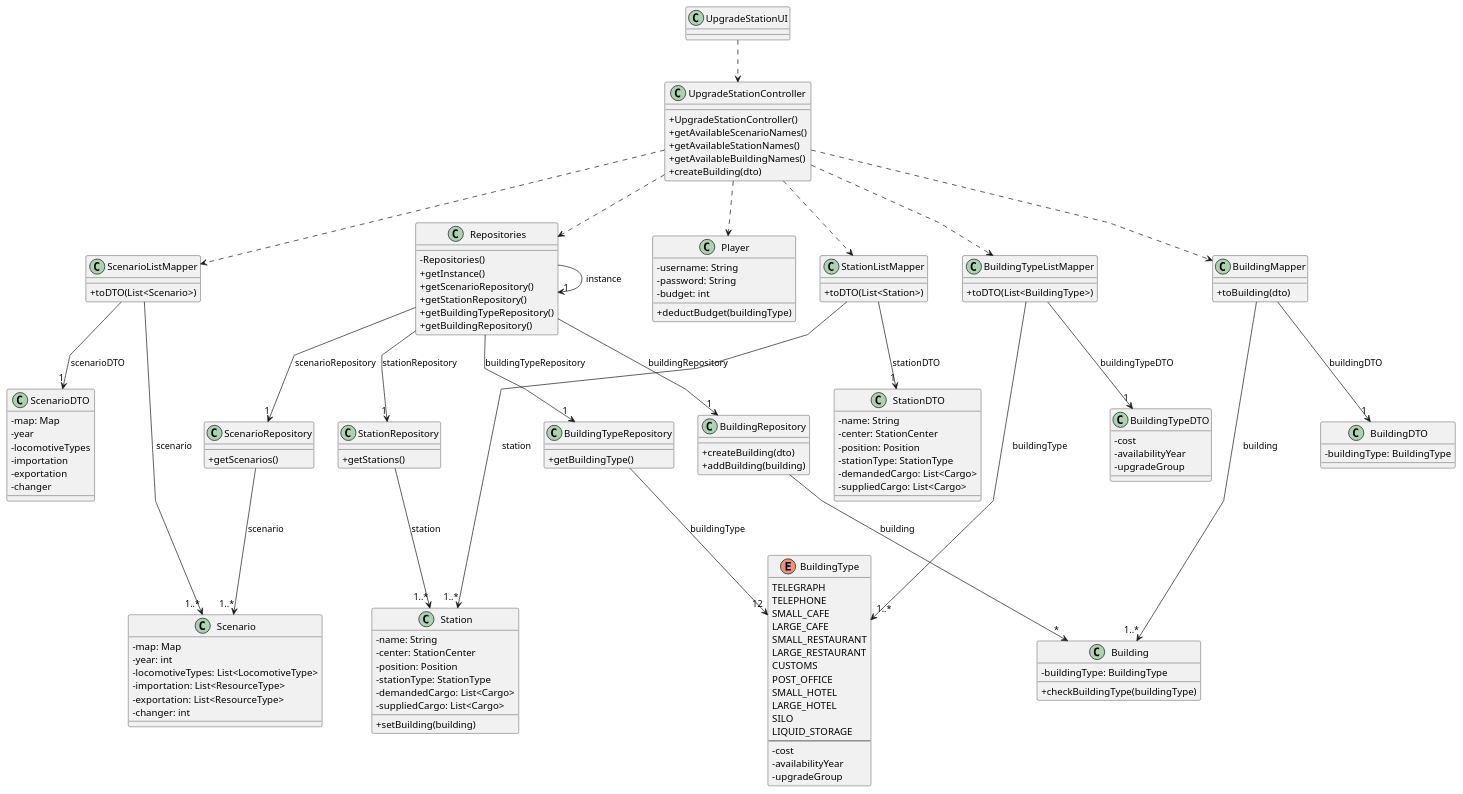
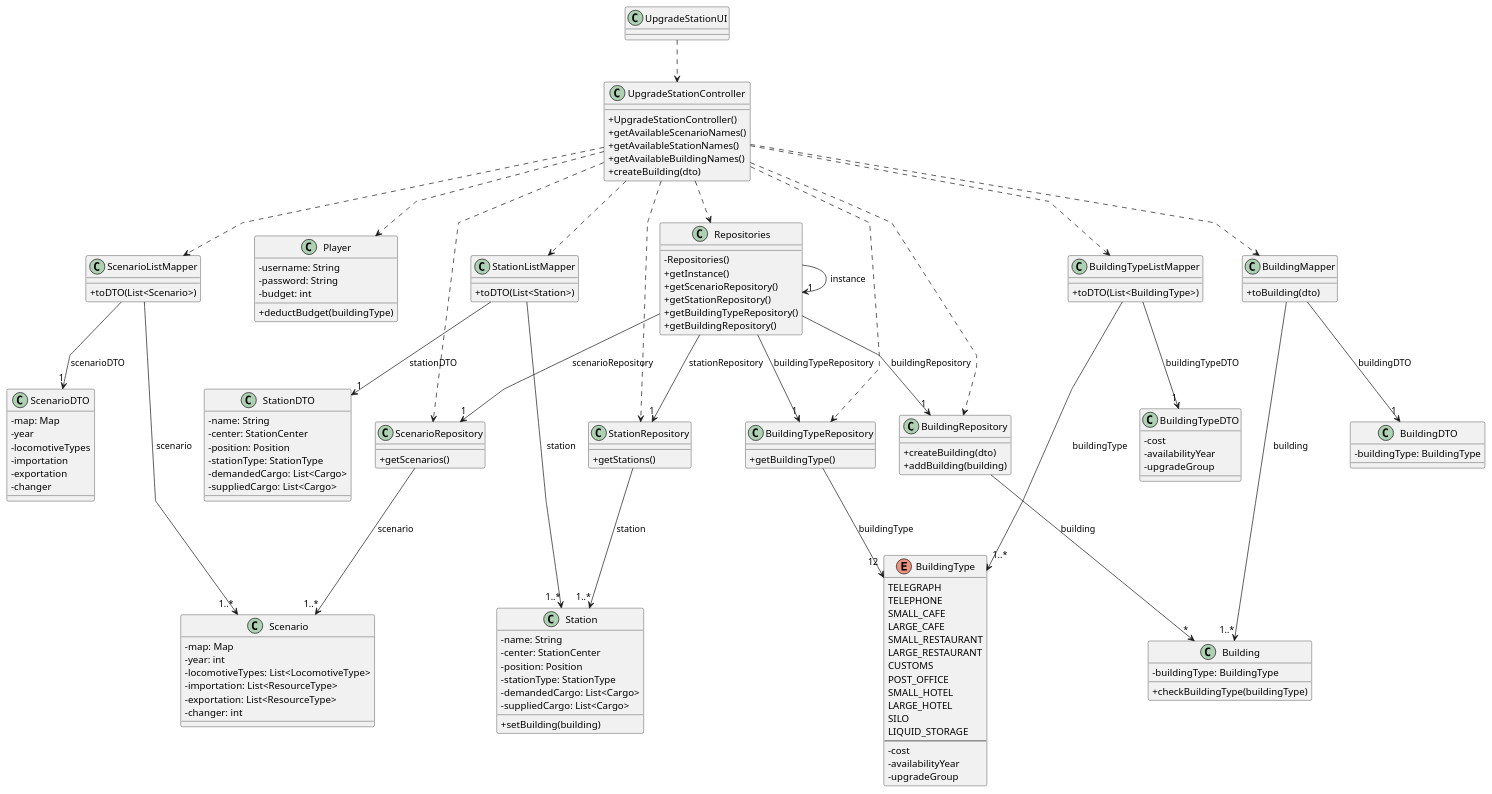
Before and after one commit to 1240935/pi2-railway-simulator: the diagram in Sprint3/US006/03.design/puml/US006-CD.puml, drawn with PlantUML. The commit also changed 14 other files, not shown here.

```diff
--- a/Sprint3/US006/03.design/puml/US006-CD.puml
+++ b/Sprint3/US006/03.design/puml/US006-CD.puml
@@ -1,172 +1,176 @@
 @startuml
 'skinparam monochrome true
 skinparam packageStyle rectangle
 skinparam shadowing false
 skinparam linetype polyline
 'skinparam linetype orto
 
 skinparam classAttributeIconSize 0
 
 'left to right direction
 
 class UpgradeStationUI
 
 class UpgradeStationController {
   + UpgradeStationController()
   + getAvailableScenarioNames()
   + getAvailableStationNames()
   + getAvailableBuildingNames()
   + createBuilding(dto)
 }
 
 class Player {
     - username: String
     - password: String
     - budget: int
   + deductBudget(buildingType)
 }
 
 class Scenario{
     - map: Map
     - year: int
     - locomotiveTypes: List<LocomotiveType>
     - importation: List<ResourceType>
     - exportation: List<ResourceType>
     - changer: int
 }
 
 class Station {
     -name: String
     -center: StationCenter
     -position: Position
     -stationType: StationType
     -demandedCargo: List<Cargo>
     -suppliedCargo: List<Cargo>
   + setBuilding(building)
 }
 
 class Building {
   - buildingType: BuildingType
   + checkBuildingType(buildingType)
 }
 
 enum BuildingType {
   TELEGRAPH
   TELEPHONE
   SMALL_CAFE
   LARGE_CAFE
   SMALL_RESTAURANT
   LARGE_RESTAURANT
   CUSTOMS
   POST_OFFICE
   SMALL_HOTEL
   LARGE_HOTEL
   SILO
   LIQUID_STORAGE
   --
   -cost
   -availabilityYear
   -upgradeGroup
 }
 
 class ScenarioDTO {
   - map: Map
   - year
   - locomotiveTypes
   - importation
   - exportation
   - changer
 }
 
 class StationDTO {
   -name: String
       -center: StationCenter
       -position: Position
       -stationType: StationType
       -demandedCargo: List<Cargo>
       -suppliedCargo: List<Cargo>
 }
 
 class BuildingTypeDTO {
   - cost
   - availabilityYear
   - upgradeGroup
 }
 
 class BuildingDTO {
     -buildingType: BuildingType
 }
 
 class Repositories {
   - Repositories()
   + getInstance()
   + getScenarioRepository()
   + getStationRepository()
   + getBuildingTypeRepository()
   + getBuildingRepository()
 }
 
 class ScenarioRepository {
   + getScenarios()
 }
 
 class StationRepository {
   + getStations()
  }
 
 class BuildingTypeRepository {
   + getBuildingType()
 }
 
 class BuildingRepository {
   + createBuilding(dto)
   + addBuilding(building)
 }
 
 class ScenarioListMapper {
   + toDTO(List<Scenario>)
 }
 
 class StationListMapper {
   + toDTO(List<Station>)
 }
 
 class BuildingTypeListMapper {
   + toDTO(List<BuildingType>)
 }
 
 class BuildingMapper {
   + toBuilding(dto)
 }
 
 UpgradeStationUI ..> UpgradeStationController
 
 UpgradeStationController ..> Repositories
 UpgradeStationController ..> ScenarioListMapper
 UpgradeStationController ..> StationListMapper
 UpgradeStationController ..> BuildingTypeListMapper
 UpgradeStationController ..> BuildingMapper
 UpgradeStationController ..> Player
+UpgradeStationController ..> StationRepository
+UpgradeStationController ..> ScenarioRepository
+UpgradeStationController ..> BuildingTypeRepository
+UpgradeStationController ..> BuildingRepository
 
 Repositories -> "1" Repositories : instance
 Repositories --> "1" ScenarioRepository: scenarioRepository
 Repositories --> "1" StationRepository: stationRepository
 Repositories --> "1" BuildingTypeRepository: buildingTypeRepository
 Repositories --> "1" BuildingRepository: buildingRepository
 
 StationRepository --> "1..*" Station: station
 ScenarioRepository --> "1..*" Scenario: scenario
 BuildingTypeRepository --> "12" BuildingType: buildingType
 BuildingRepository --> "*" Building: building
 
 
 ScenarioListMapper --> "1" ScenarioDTO: scenarioDTO
 ScenarioListMapper --> "1..*" Scenario: scenario
 StationListMapper --> "1" StationDTO: stationDTO
 StationListMapper --> "1..*" Station: station
 BuildingTypeListMapper --> "1" BuildingTypeDTO: buildingTypeDTO
 BuildingTypeListMapper --> "1..*" BuildingType: buildingType
 BuildingMapper --> "1..*" Building: building
 BuildingMapper --> "1" BuildingDTO: buildingDTO
 
 @enduml
```
